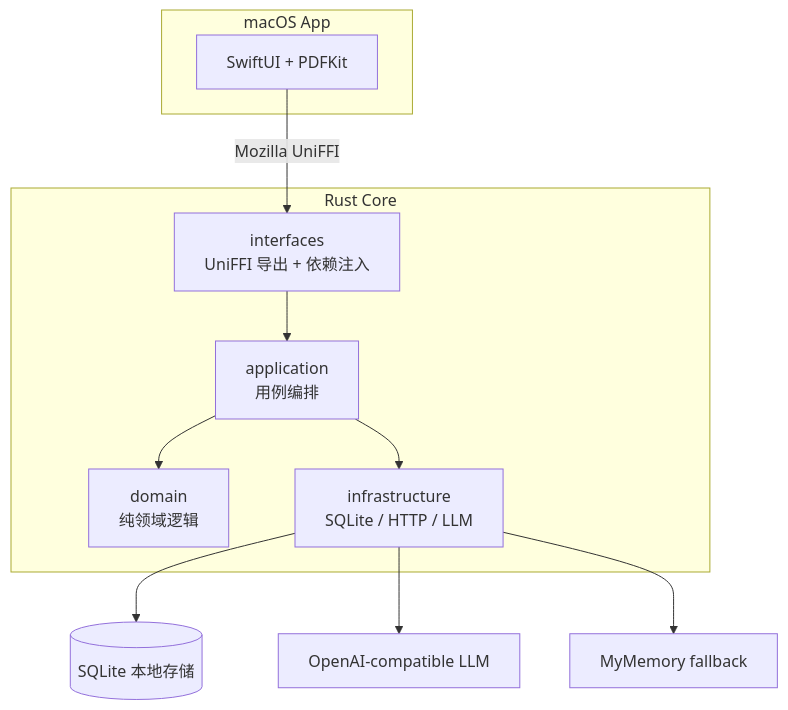
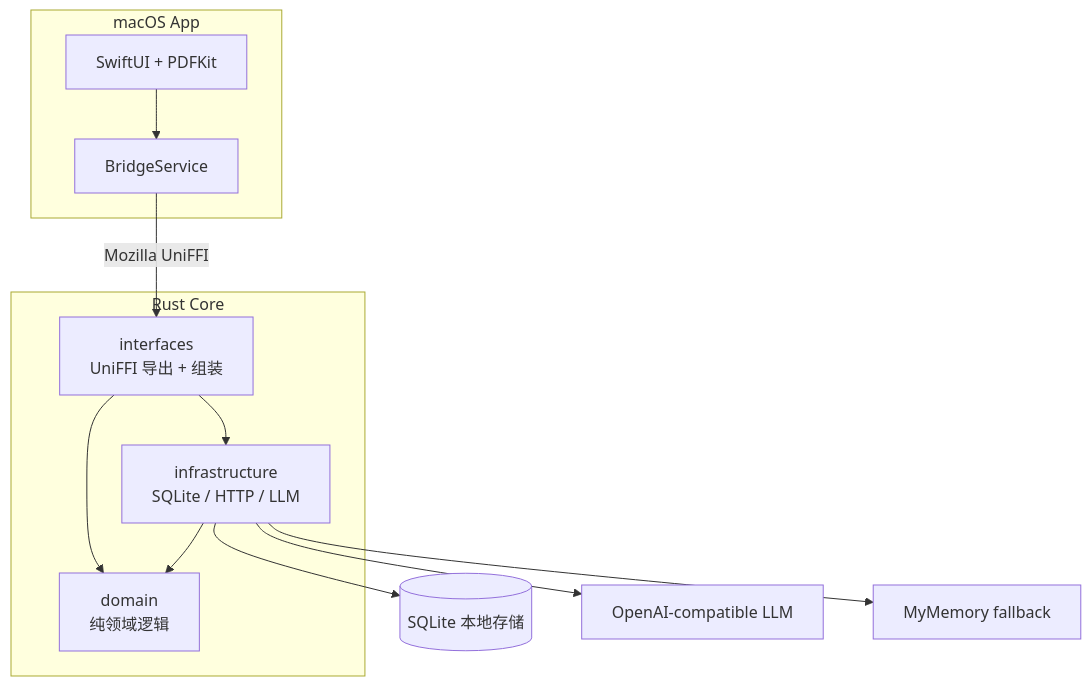
Before and after one commit to hedon954/lumen-pdf: the diagram in README.md, drawn with Mermaid. The commit also changed other lines of this file and 116 other files, not shown here.

````diff
--- a/README.md
+++ b/README.md
@@ -110,21 +110,22 @@
 ```mermaid
 flowchart TB
     subgraph Mac["macOS App"]
         UI["SwiftUI + PDFKit"]
+        BR["BridgeService"]
     end
 
     subgraph Core["Rust Core"]
-        IF["interfaces<br/>UniFFI 导出 + 依赖注入"]
-        APP["application<br/>用例编排"]
+        IF["interfaces<br/>UniFFI 导出 + 组装"]
         DOMAIN["domain<br/>纯领域逻辑"]
         INFRA["infrastructure<br/>SQLite / HTTP / LLM"]
     end
 
-    UI -->|"Mozilla UniFFI"| IF
-    IF --> APP
-    APP --> DOMAIN
-    APP --> INFRA
+    UI --> BR
+    BR -->|"Mozilla UniFFI"| IF
+    IF --> DOMAIN
+    IF --> INFRA
+    INFRA --> DOMAIN
     INFRA --> DB[("SQLite 本地存储")]
     INFRA --> LLM["OpenAI-compatible LLM"]
     INFRA --> FALLBACK["MyMemory fallback"]
 ```
````
